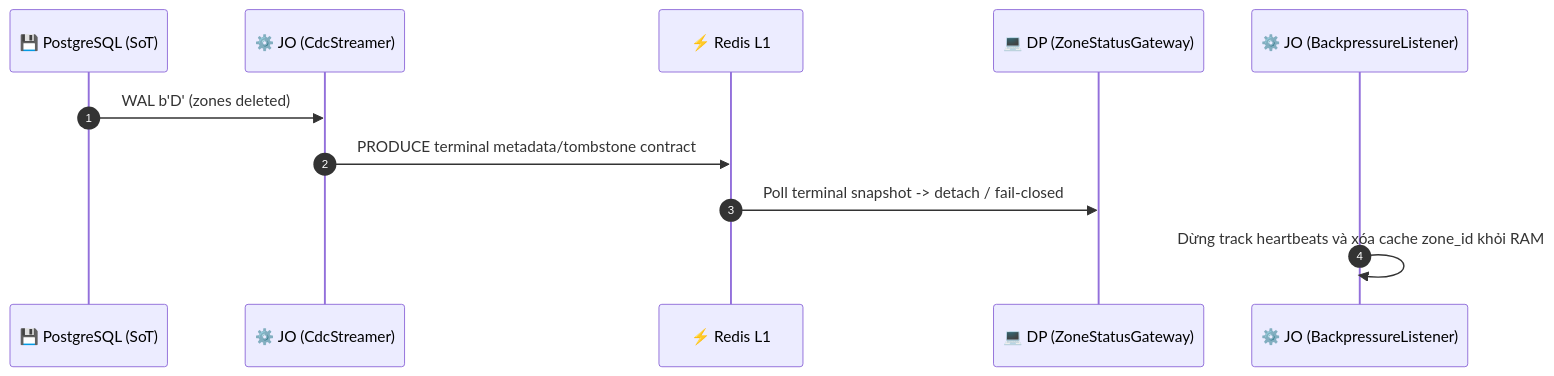
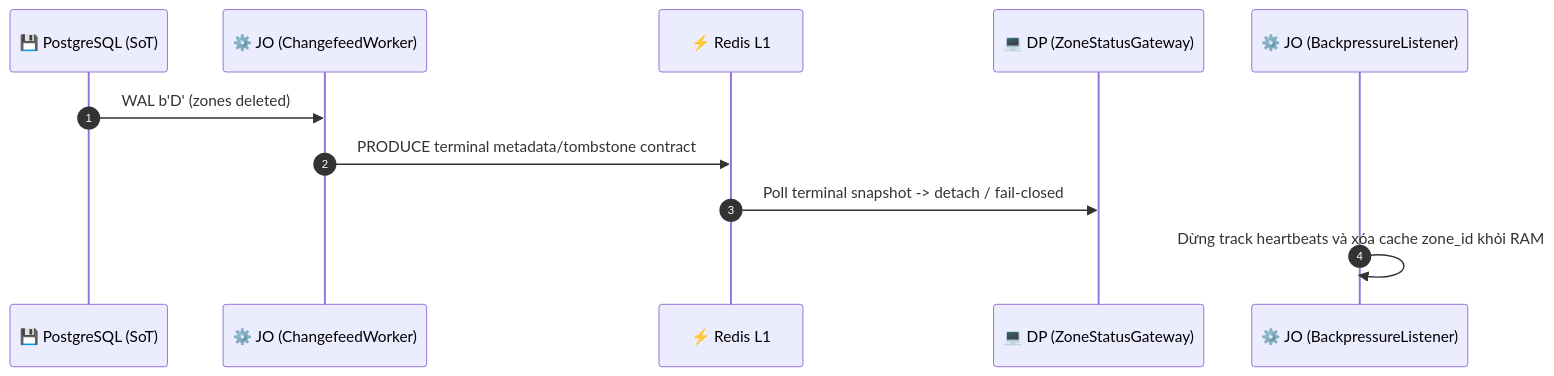
One commit to phucle996/aurora changed diagram 14 of 21 in god_view/hierarchy/zone_lifecycle_god_view.md. Above: the diagram before and after it, drawn with Mermaid. The commit also changed other lines of this file and 87 other files, not shown here.

````diff
--- a/god_view/hierarchy/zone_lifecycle_god_view.md
+++ b/god_view/hierarchy/zone_lifecycle_god_view.md
@@ -722,14 +722,14 @@
 ```mermaid
 sequenceDiagram
     autonumber
     participant DB as 💾 PostgreSQL (SoT)
-    participant JO_CDC as ⚙️ JO (CdcStreamer)
+    participant JO_CDC as ⚙️ JO (ChangefeedWorker)
     participant L1 as ⚡ Redis L1
     participant DP_Gate as 💻 DP (ZoneStatusGateway)
     participant JO_Back as ⚙️ JO (BackpressureListener)
 
     DB->>JO_CDC: WAL b'D' (zones deleted)
     JO_CDC->>L1: PRODUCE terminal metadata/tombstone contract
     L1->>DP_Gate: Poll terminal snapshot -> detach / fail-closed
     JO_Back->>JO_Back: Dừng track heartbeats và xóa cache zone_id khỏi RAM
 ```
````
